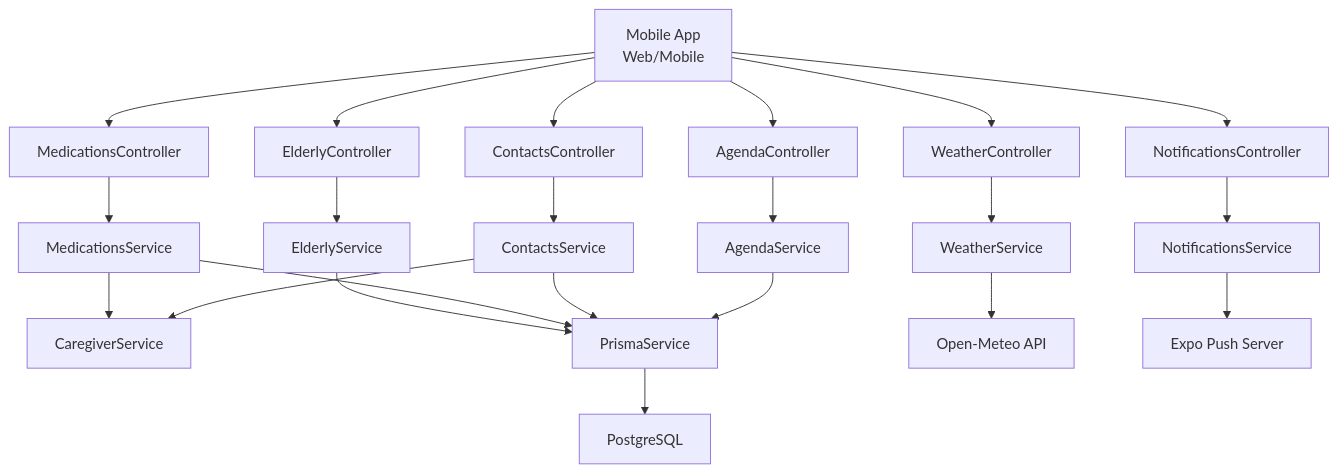
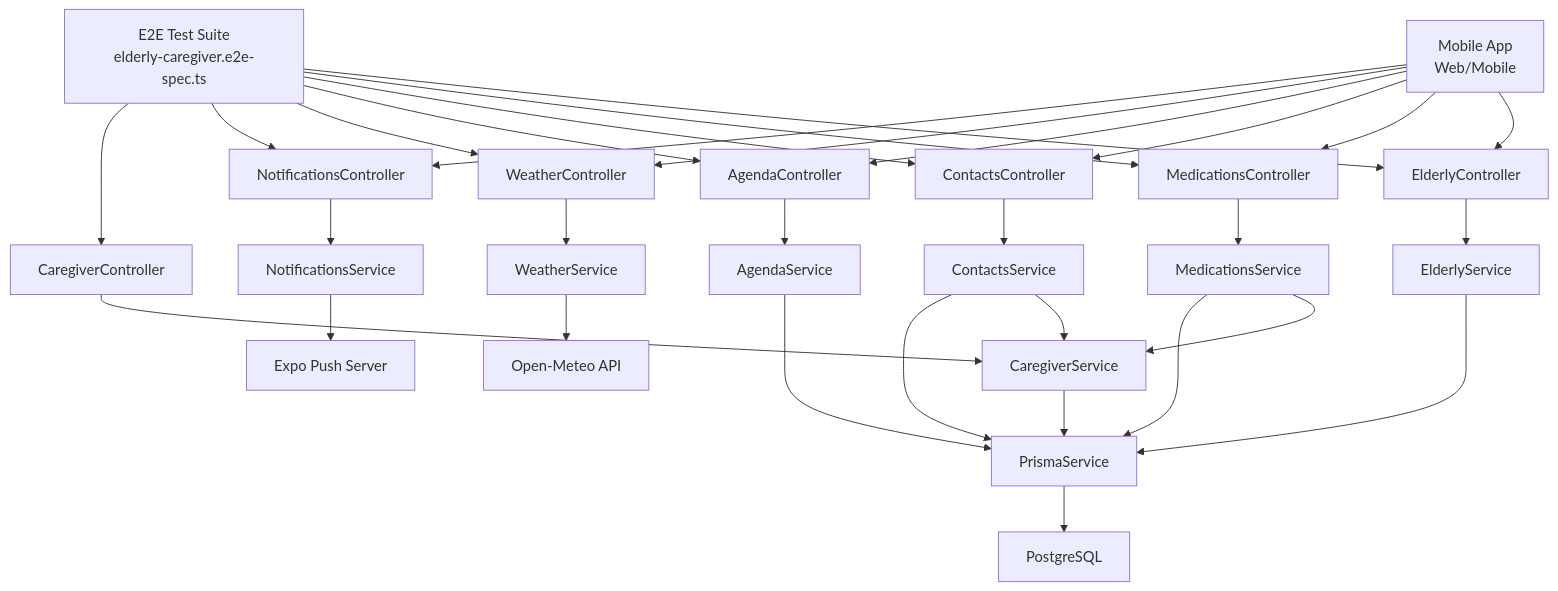
One commit to jairosouza67/99-Pai changed the second of 13 diagrams in .qoder/repowiki/en/content/Elderly Care Management.md. Above: the diagram before and after it, drawn with Mermaid. The commit also changed other lines of this file and 4 other files, not shown here.

Commit message:
docs: update repository wiki metadata and architecture notes

````diff
--- a/.qoder/repowiki/en/content/Elderly Care Management.md
+++ b/.qoder/repowiki/en/content/Elderly Care Management.md
@@ -177,42 +204,53 @@
 ```mermaid
 graph TB
 CLIENT["Mobile App<br/>Web/Mobile"]
+TEST_SUITE["E2E Test Suite<br/>elderly-caregiver.e2e-spec.ts"]
 CTRL_E["ElderlyController"]
 CTRL_M["MedicationsController"]
 CTRL_C["ContactsController"]
 CTRL_A["AgendaController"]
 CTRL_W["WeatherController"]
 CTRL_N["NotificationsController"]
+CTRL_G["CaregiverController"]
 SVC_E["ElderlyService"]
 SVC_M["MedicationsService"]
 SVC_C["ContactsService"]
 SVC_A["AgendaService"]
 SVC_W["WeatherService"]
 SVC_N["NotificationsService"]
 SVC_G["CaregiverService"]
 PRISMA["PrismaService"]
 DB["PostgreSQL"]
 WEATHER_API["Open-Meteo API"]
 PUSH_SERVER["Expo Push Server"]
+TEST_SUITE --> CTRL_E
+TEST_SUITE --> CTRL_M
+TEST_SUITE --> CTRL_C
+TEST_SUITE --> CTRL_A
+TEST_SUITE --> CTRL_W
+TEST_SUITE --> CTRL_N
+TEST_SUITE --> CTRL_G
 CLIENT --> CTRL_E
 CLIENT --> CTRL_M
 CLIENT --> CTRL_C
 CLIENT --> CTRL_A
 CLIENT --> CTRL_W
 CLIENT --> CTRL_N
 CTRL_E --> SVC_E
 CTRL_M --> SVC_M
 CTRL_C --> SVC_C
 CTRL_A --> SVC_A
 CTRL_W --> SVC_W
 CTRL_N --> SVC_N
+CTRL_G --> SVC_G
 SVC_M --> SVC_G
 SVC_C --> SVC_G
 SVC_E --> PRISMA
 SVC_M --> PRISMA
 SVC_C --> PRISMA
 SVC_A --> PRISMA
 SVC_W --> WEATHER_API
 SVC_N --> PUSH_SERVER
+SVC_G --> PRISMA
 PRISMA --> DB
 ```
````
